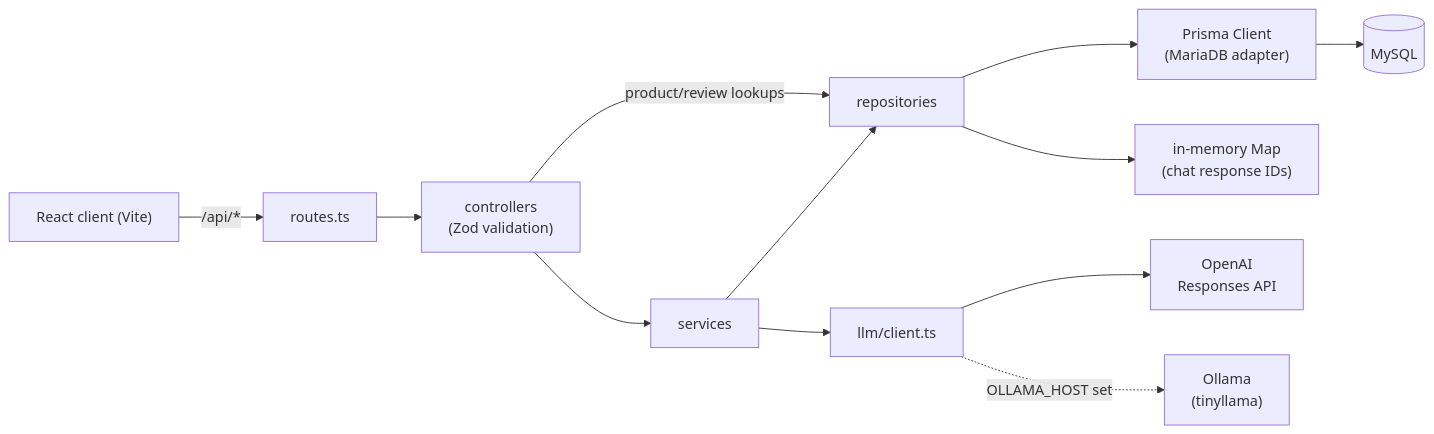
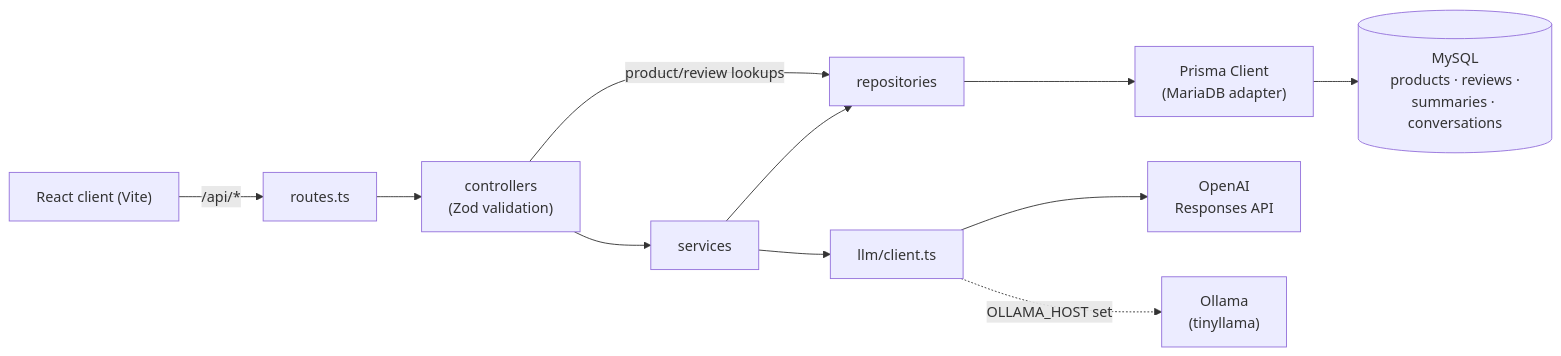
One commit to MoudarAfifeh/ai-assistant-demo changed the diagram in README.md. Above: the diagram before and after it, drawn with Mermaid. The commit also changed other lines of this file and 5 other files, not shown here.

First line of the commit message:
feat(server): persist chat memory in MySQL

````diff
--- a/README.md
+++ b/README.md
@@ -49,14 +49,13 @@
 ```mermaid
 flowchart LR
     UI["React client (Vite)"] -->|"/api/*"| R["routes.ts"]
     R --> C["controllers<br/>(Zod validation)"]
     C --> S["services"]
     C -->|"product/review lookups"| Repo
     S --> Repo["repositories"]
     Repo --> P["Prisma Client<br/>(MariaDB adapter)"]
-    P --> DB[("MySQL")]
-    Repo --> M["in-memory Map<br/>(chat response IDs)"]
+    P --> DB[("MySQL<br/>products · reviews ·<br/>summaries · conversations")]
     S --> L["llm/client.ts"]
     L --> OAI["OpenAI<br/>Responses API"]
     L -.->|"OLLAMA_HOST set"| OL["Ollama<br/>(tinyllama)"]
 ```
````
